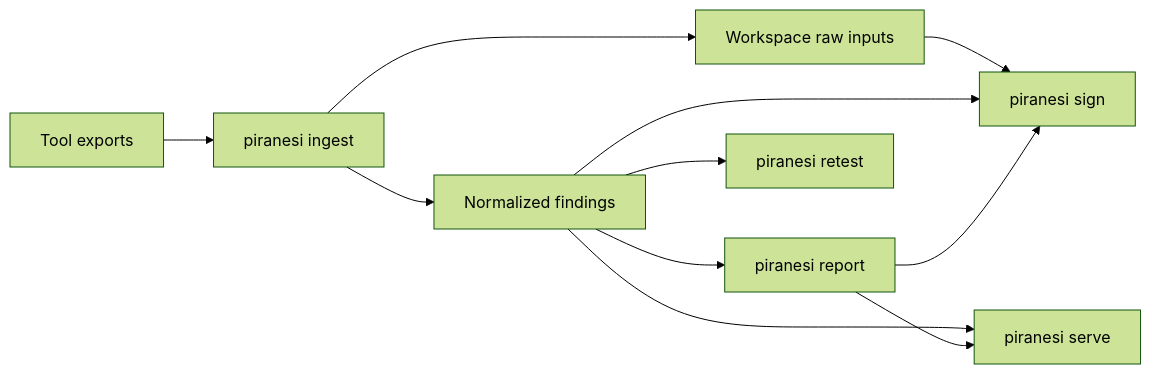
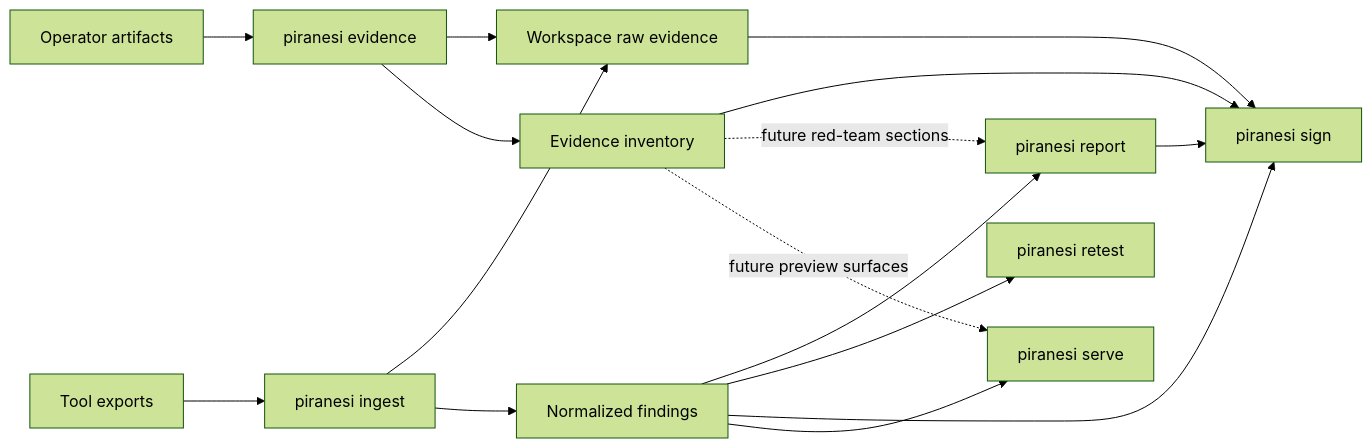
Before and after one commit to gongahkia/onibi: the diagram in docs/ARCHITECTURE.md, drawn with Mermaid (forest theme). The commit also changed other lines of this file and 2 other files, not shown here.

First line of the commit message:
Document red-team workspace architecture

````diff
--- a/docs/ARCHITECTURE.md
+++ b/docs/ARCHITECTURE.md
@@ -59,13 +74,18 @@
 ```mermaid
 flowchart LR
-    A["Tool exports"] --> B["piranesi ingest"]
-    B --> C["Workspace raw inputs"]
-    B --> D["Normalized findings"]
-    D --> E["piranesi report"]
-    D --> F["piranesi retest"]
-    C --> G["piranesi sign"]
-    D --> G
-    E --> G
-    D --> H["piranesi serve"]
-    E --> H
+    A["Operator artifacts"] --> B["piranesi evidence"]
+    C["Tool exports"] --> D["piranesi ingest"]
+    B --> E["Workspace raw evidence"]
+    B --> F["Evidence inventory"]
+    D --> E
+    D --> G["Normalized findings"]
+    G --> H
+    G --> I["piranesi retest"]
+    E --> J["piranesi sign"]
+    F --> J
+    G --> J
+    H --> J
+    F -. future red-team sections .-> H["piranesi report"]
+    F -. future preview surfaces .-> K["piranesi serve"]
+    G --> K
 ```
````
